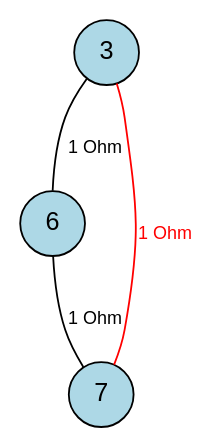
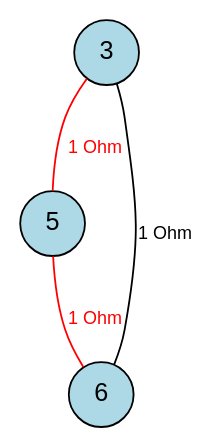
One commit to francescofoglia0/CircuitsProject changed the diagram in BuildProject/depina_ciclo_4.dot. Above: the diagram before and after it, drawn with Graphviz. The commit also changed 48 other files, not shown here.

```diff
--- a/BuildProject/depina_ciclo_4.dot
+++ b/BuildProject/depina_ciclo_4.dot
@@ -1,9 +1,9 @@
 graph Circuito {
     // Stile dei nodi e degli archi
     node [shape=circle, style=filled, fillcolor=lightblue, fontname="Helvetica"];
     edge [fontname="Helvetica", fontsize=10];
 
+    3 -- 5 [label="\n1 Ohm", color="red", fontcolor="red"];
     3 -- 6 [label="\n1 Ohm"];
-    3 -- 7 [label="\n1 Ohm", color="red", fontcolor="red"];
-    6 -- 7 [label="\n1 Ohm"];
+    5 -- 6 [label="\n1 Ohm", color="red", fontcolor="red"];
 }
```
